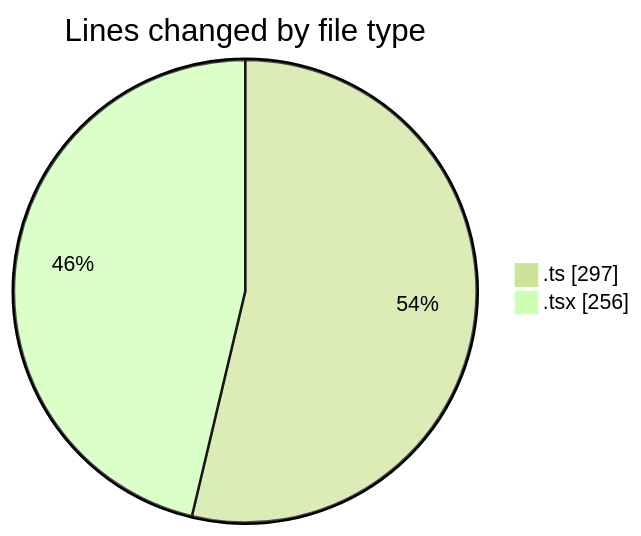
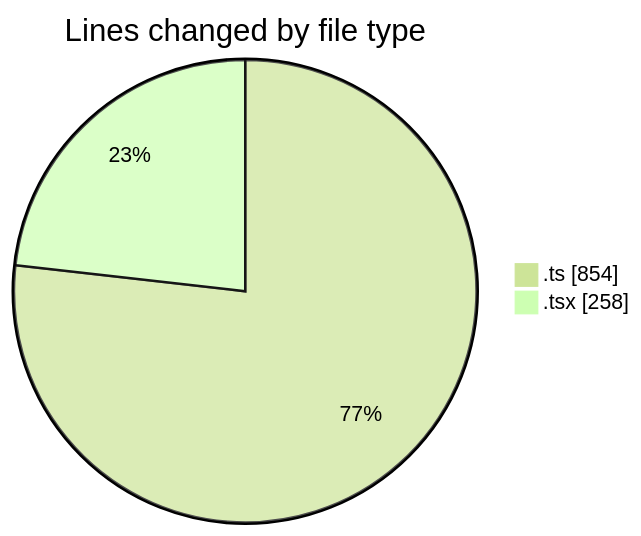
One commit to julien-gomy/code-tracking changed the first of 2 diagrams in 2025-10-23/eventscop-frontend-guide__workspace_/README.md. Above: the diagram before and after it, drawn with Mermaid (forest theme). The commit also changed other lines of this file and 1 other file, not shown here.

````diff
--- a/2025-10-23/eventscop-frontend-guide__workspace_/README.md
+++ b/2025-10-23/eventscop-frontend-guide__workspace_/README.md
@@ -21,6 +22,6 @@
 ```mermaid
 pie showData
 title Lines changed by file type
-".ts" : 297
-".tsx" : 256
+".ts" : 854
+".tsx" : 258
 ```
````
